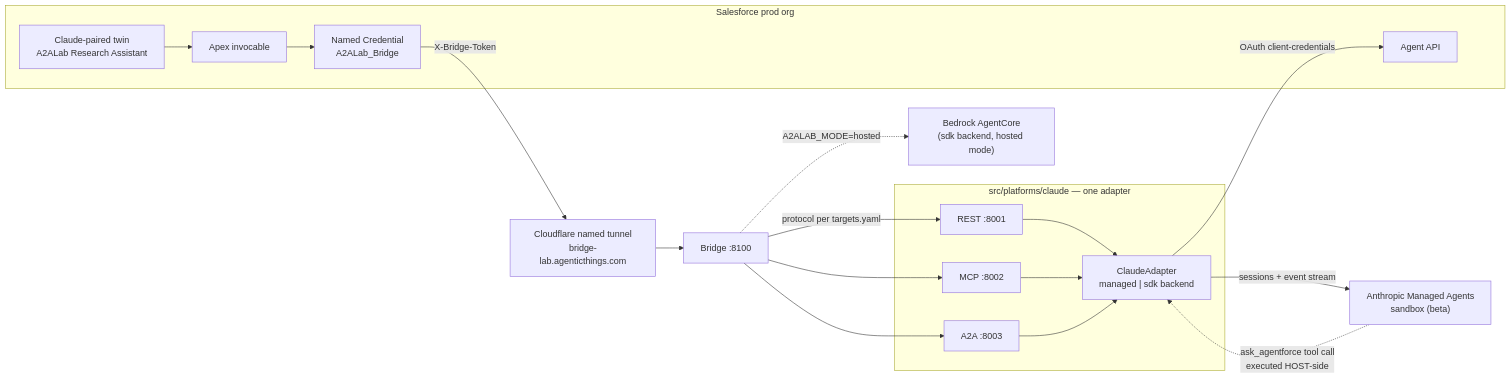
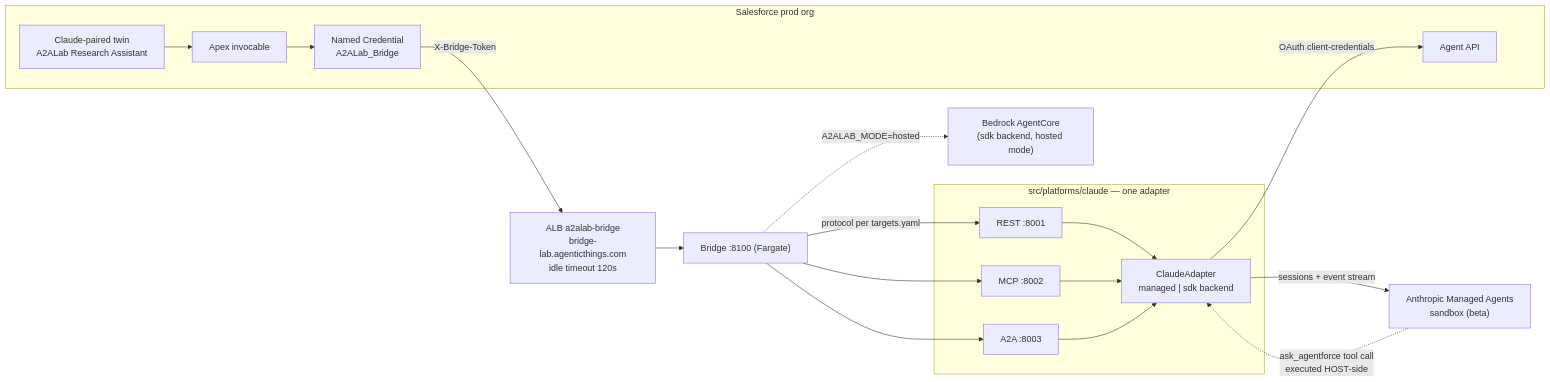
The third of 4 diagrams in README.md (congmingwudi/a2a-lab), drawn with Mermaid before and after one commit. The commit also changed other lines of this file and 7 other files, not shown here.

````diff
--- a/README.md
+++ b/README.md
@@ -322,35 +322,35 @@
 ```mermaid
 flowchart LR
     subgraph sforg["Salesforce prod org"]
         AF["Claude-paired twin<br/>A2ALab Research Assistant"]
         APEX["Apex invocable"]
         NC["Named Credential<br/>A2ALab_Bridge"]
         AGENTAPI["Agent API"]
         AF --> APEX --> NC
     end
 
-    TUN["Cloudflare named tunnel<br/>bridge-lab.agenticthings.com"]
-    BR["Bridge :8100"]
+    ALB["ALB a2alab-bridge<br/>bridge-lab.agenticthings.com<br/>idle timeout 120s"]
+    BR["Bridge :8100 (Fargate)"]
 
     subgraph claude["src/platforms/claude — one adapter"]
         REST["REST :8001"]
         MCP["MCP :8002"]
         A2A["A2A :8003"]
         ADAPTER["ClaudeAdapter<br/>managed | sdk backend"]
         REST --> ADAPTER
         MCP --> ADAPTER
         A2A --> ADAPTER
     end
 
     CMA["Anthropic Managed Agents<br/>sandbox (beta)"]
     ACC["Bedrock AgentCore<br/>(sdk backend, hosted mode)"]
 
-    NC -- "X-Bridge-Token" --> TUN --> BR
+    NC -- "X-Bridge-Token" --> ALB --> BR
     BR -- "protocol per targets.yaml" --> REST
     BR --> MCP
     BR --> A2A
     BR -. "A2ALAB_MODE=hosted" .-> ACC
     ADAPTER -- "sessions + event stream" --> CMA
     CMA -. "ask_agentforce tool call<br/>executed HOST-side" .-> ADAPTER
     ADAPTER -- "OAuth client-credentials" --> AGENTAPI
 ```
````
